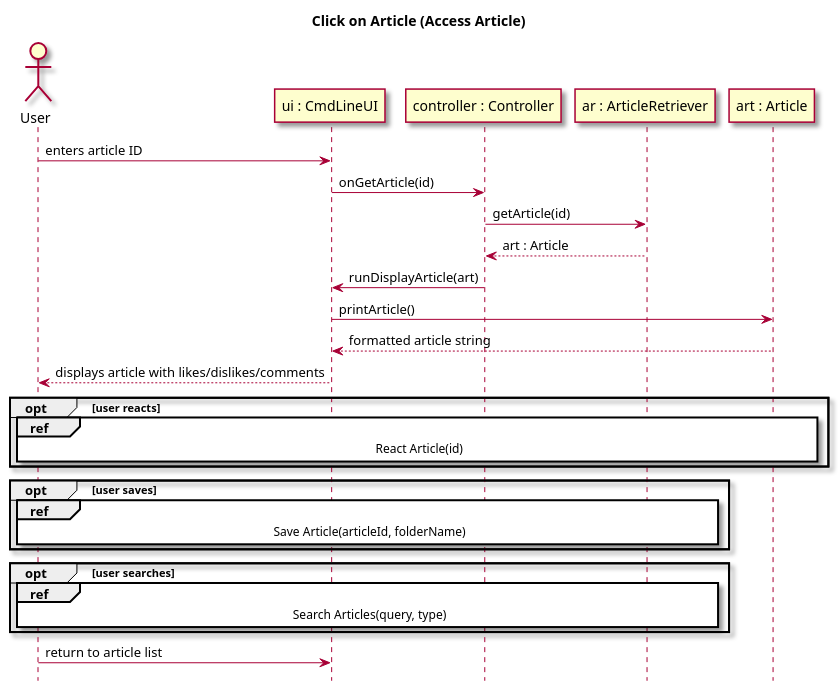
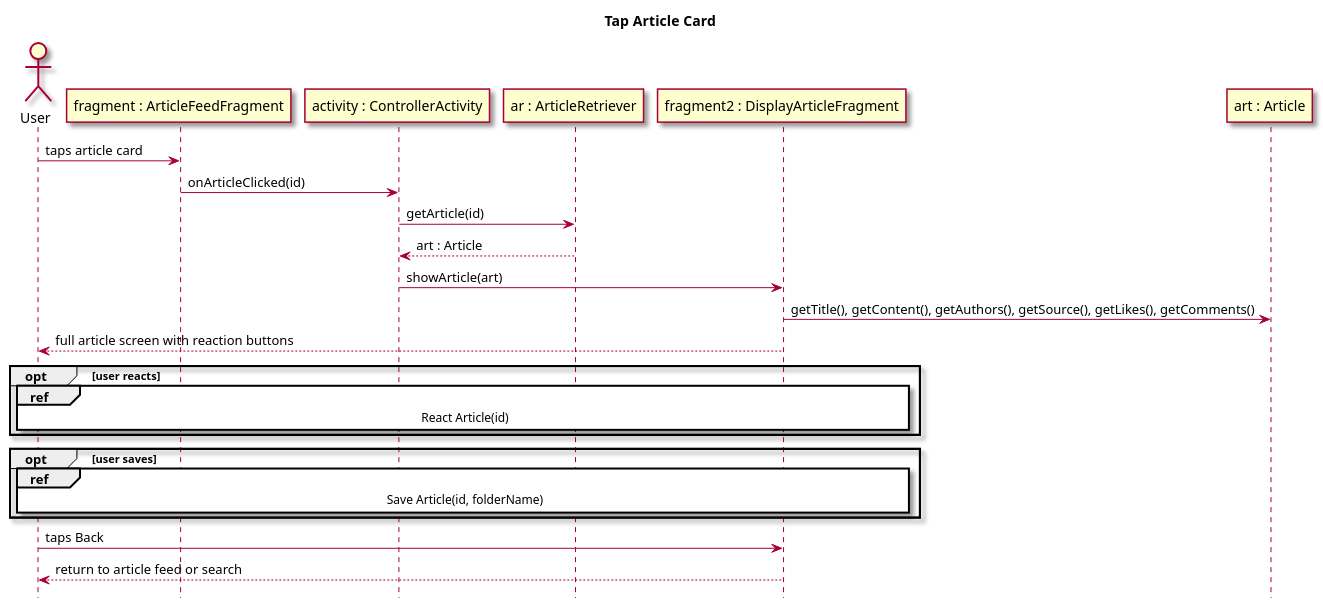
The third of 3 diagrams in intellij/doc/use-cases/access-article.md (owhitleym-ui/EcoScoop), drawn with PlantUML before and after one commit. The commit also changed other lines of this file and 12 other files, not shown here.

Commit message:
Updated documentation, class diagram, use cases, and readme

````diff
--- a/intellij/doc/use-cases/access-article.md
+++ b/intellij/doc/use-cases/access-article.md
@@ -128,44 +100,38 @@
 ```plantuml
 @startuml
-
-title Click on Article (Access Article)
 skin rose
 hide footbox
+title Tap Article Card
 
 actor User as user
-participant "ui : CmdLineUI" as UI
-participant "controller : Controller" as controller
+participant "fragment : ArticleFeedFragment" as feed
+participant "activity : ControllerActivity" as controller
 participant "ar : ArticleRetriever" as AR
+participant "fragment2 : DisplayArticleFragment" as display
 participant "art : Article" as article
 
-user -> UI : enters article ID
-UI -> controller : onGetArticle(id)
+user -> feed : taps article card
+feed -> controller : onArticleClicked(id)
 controller -> AR : getArticle(id)
 AR --> controller : art : Article
-controller -> UI : runDisplayArticle(art)
-UI -> article : printArticle()
-article --> UI : formatted article string
-UI --> user : displays article with likes/dislikes/comments
+controller -> display : showArticle(art)
+display -> article : getTitle(), getContent(), getAuthors(), getSource(), getLikes(), getComments()
+display --> user : full article screen with reaction buttons
 
 opt user reacts
-  ref over user, UI, controller, AR, article
+  ref over user, display, controller
     React Article(id)
   end ref
 end
 
 opt user saves
-  ref over user, UI, controller, AR
-    Save Article(articleId, folderName)
+  ref over user, display, controller
+    Save Article(id, folderName)
   end ref
 end
 
-opt user searches
-  ref over user, UI, controller, AR
-    Search Articles(query, type)
-  end ref
-end
-
-user -> UI : return to article list
+user -> display : taps Back
+display --> user : return to article feed or search
 
 @enduml
 ```
````
